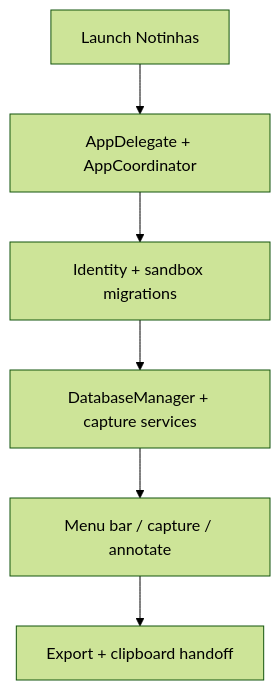
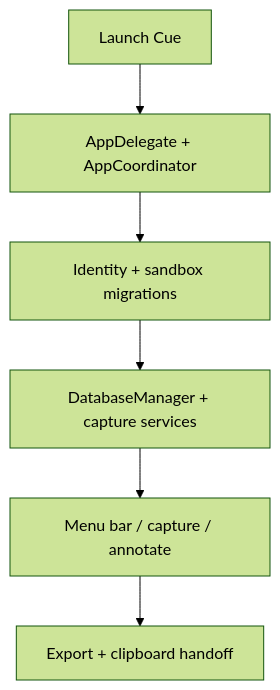
One commit to mourato/Cue changed the diagram in docs/README.md. Above: the diagram before and after it, drawn with Mermaid (forest theme). The commit also changed other lines of this file and 60 other files, not shown here.

````diff
--- a/docs/README.md
+++ b/docs/README.md
@@ -52,8 +52,8 @@
 ```mermaid
 flowchart TD
-    A["Launch Notinhas"] --> B["AppDelegate + AppCoordinator"]
+    A["Launch Cue"] --> B["AppDelegate + AppCoordinator"]
     B --> C["Identity + sandbox migrations"]
     C --> D["DatabaseManager + capture services"]
     D --> E["Menu bar / capture / annotate"]
     E --> F["Export + clipboard handoff"]
 ```
````
